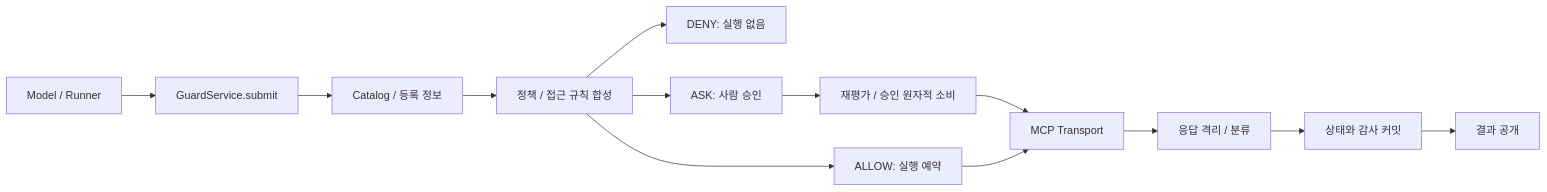
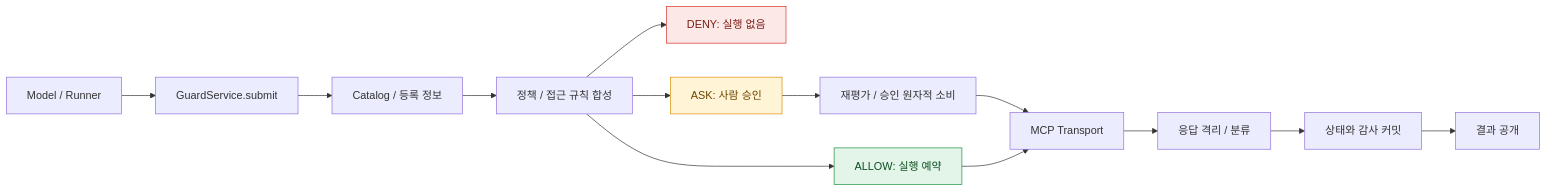
One commit to hsminu/MCP-Runtime-Guard changed the diagram in README.md. Above: the diagram before and after it, drawn with Mermaid. The commit also changed other lines of this file and 1 other file, not shown here.

````diff
--- a/README.md
+++ b/README.md
@@ -96,15 +49,21 @@
 ```mermaid
 flowchart LR
     Runner[Model / Runner] --> Guard[GuardService.submit]
     Guard --> Catalog[Catalog / 등록 정보]
     Catalog --> Policy[정책 / 접근 규칙 합성]
     Policy --> Deny[DENY: 실행 없음]
     Policy --> Ask[ASK: 사람 승인]
     Policy --> Allow[ALLOW: 실행 예약]
     Ask --> Recheck[재평가 / 승인 원자적 소비]
     Recheck --> Transport[MCP Transport]
     Allow --> Transport
     Transport --> Gate[응답 격리 / 분류]
     Gate --> Commit[상태와 감사 커밋]
     Commit --> Release[결과 공개]
+    classDef deny fill:#fde8e8,stroke:#d93025,color:#7a1c13
+    classDef ask fill:#fff4d6,stroke:#d98e00,color:#6b4500
+    classDef allow fill:#e3f5e9,stroke:#1e8e3e,color:#0d4f22
+    class Deny deny
+    class Ask ask
+    class Allow allow
 ```
````
